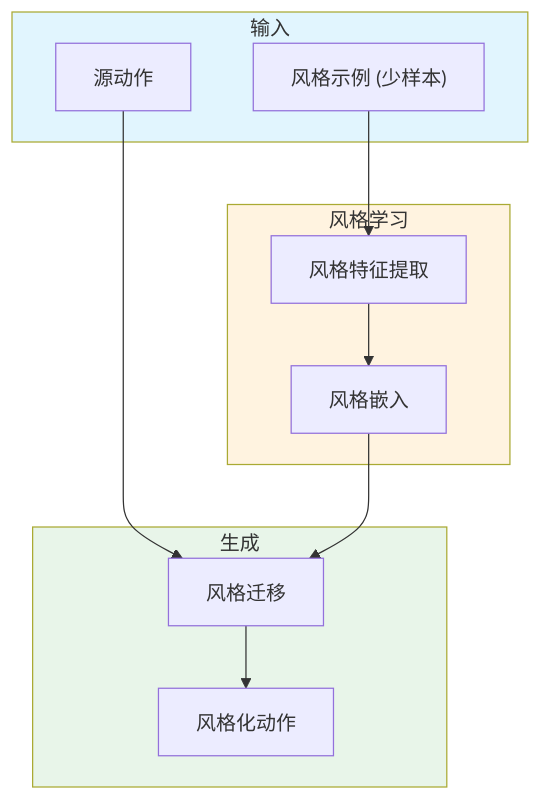
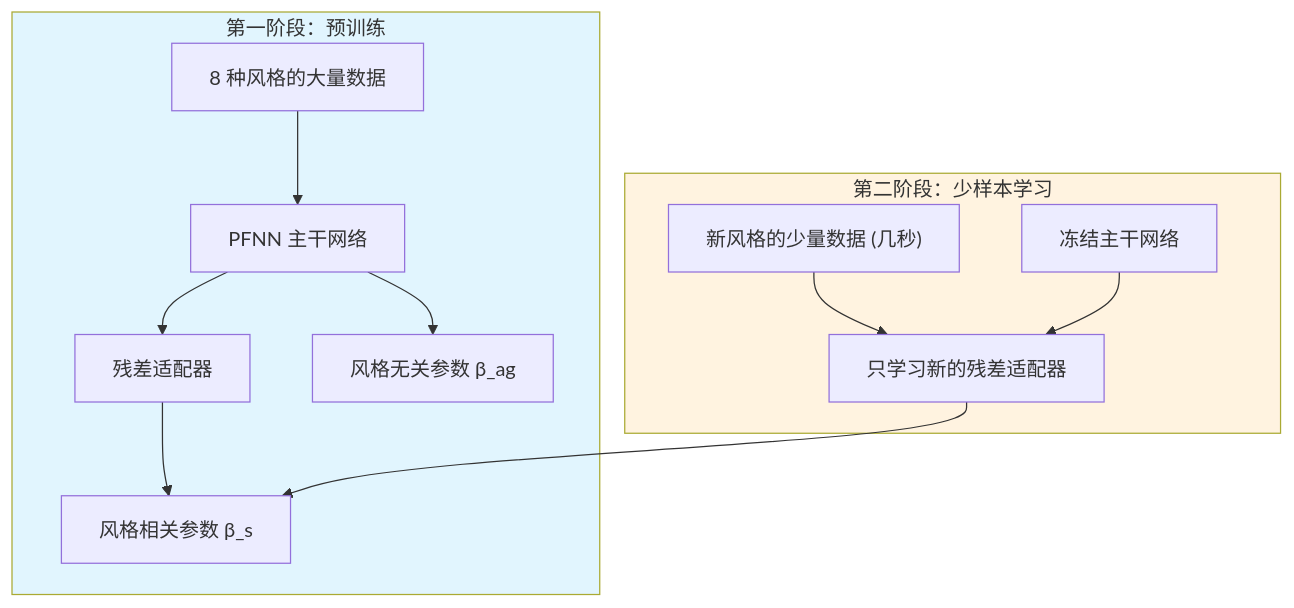
The diagram in src/214.md (CaterpillarStudyGroup/ReadPapers), drawn with Mermaid before and after one commit. The commit also changed other lines of this file, not shown here.

````diff
--- a/src/214.md
+++ b/src/214.md
@@ -60,27 +63,28 @@
 ```mermaid
 flowchart TB
-    subgraph Input["输入"]
-        source["源动作"]
-        examples["风格示例 (少样本)"]
+    subgraph Phase1["第一阶段：预训练"]
+        data1["8 种风格的大量数据"]
+        pfnn["PFNN 主干网络"]
+        adapter["残差适配器"]
+        agnostic["风格无关参数 β_ag"]
+        specific["风格相关参数 β_s"]
     end
 
-    subgraph Learning["风格学习"]
-        extract["风格特征提取"]
-        embed["风格嵌入"]
+    subgraph Phase2["第二阶段：少样本学习"]
+        data2["新风格的少量数据 (几秒)"]
+        freeze["冻结主干网络"]
+        learn["只学习新的残差适配器"]
     end
 
-    subgraph Generation["生成"]
-        transfer["风格迁移"]
-        output["风格化动作"]
-    end
+    data1 --> pfnn
+    pfnn --> agnostic
+    pfnn --> adapter
+    adapter --> specific
 
-    source --> transfer
-    examples --> extract
-    extract --> embed
-    embed --> transfer
-    transfer --> output
+    data2 --> learn
+    freeze --> learn
+    learn --> specific
 
-    style Input fill:#e1f5fe
-    style Learning fill:#fff3e0
-    style Generation fill:#e8f5e9
+    style Phase1 fill:#e1f5fe
+    style Phase2 fill:#fff3e0
 ```
````
